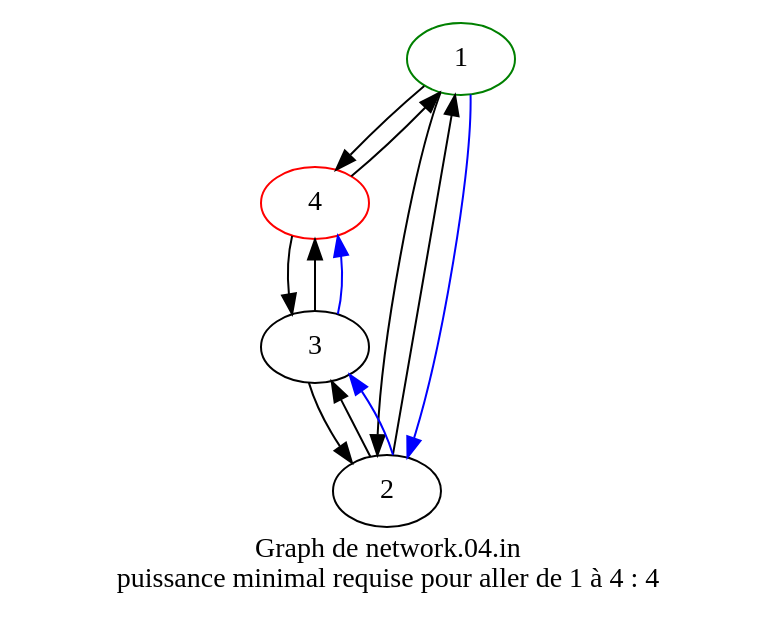
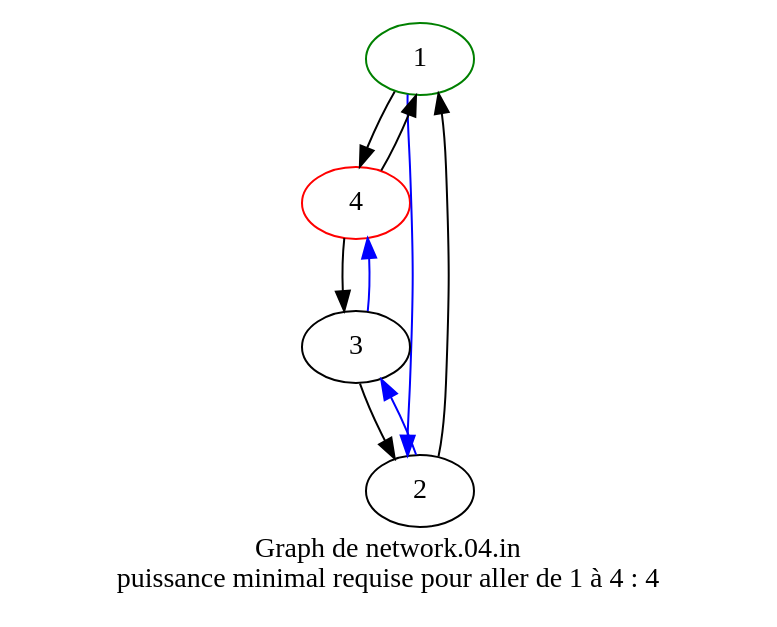
One commit to gabrieldeboerdere/ensae-prog23-1 changed the diagram in representation_graph.gv. Above: the diagram before and after it, drawn with Graphviz. The commit also changed 2 other files, not shown here.

```diff
--- a/representation_graph.gv
+++ b/representation_graph.gv
@@ -1,17 +1,17 @@
-digraph G {
+strict digraph G {
 	1 [color=green]
 	4 [color=red]
 	1 -> 4
 	1 -> 2
 	2 -> 3
 	2 -> 1
 	3 -> 2
 	3 -> 4
 	4 -> 3
 	4 -> 1
 	1 -> 2 [color=blue]
 	2 -> 3 [color=blue]
 	3 -> 4 [color=blue]
 	label="Graph de network.04.in
 puissance minimal requise pour aller de 1 à 4 : 4"
 }
```
